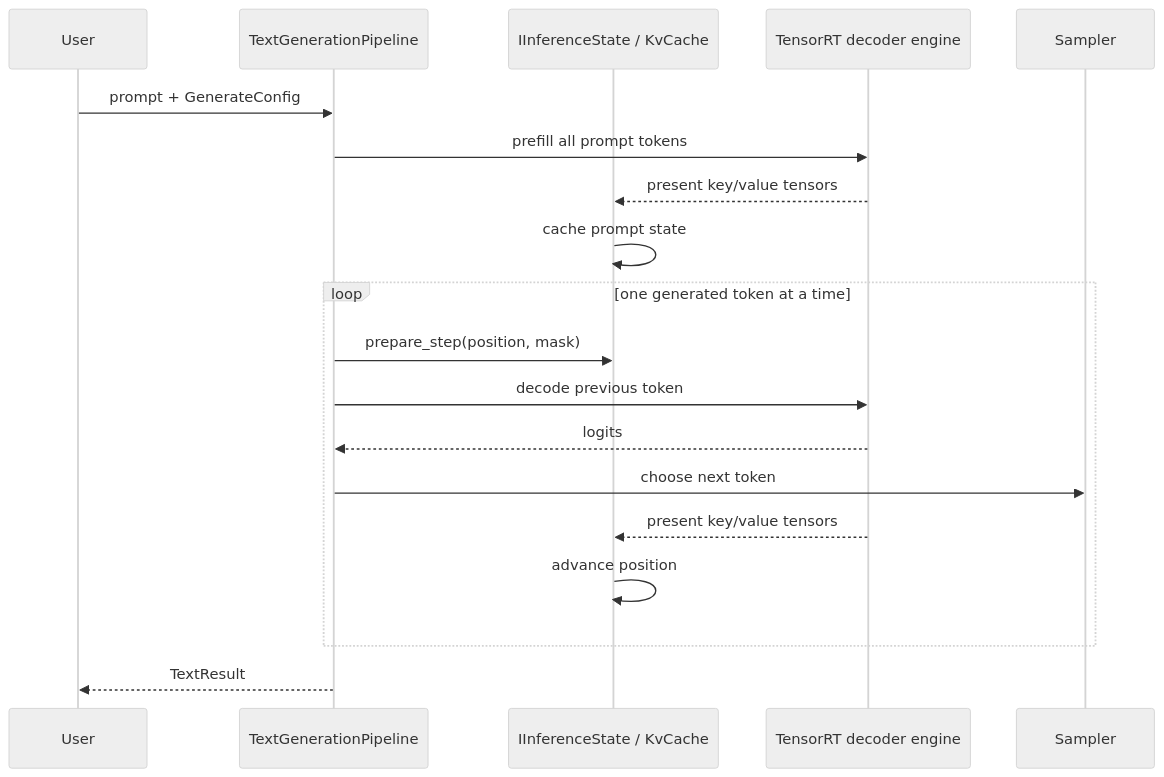
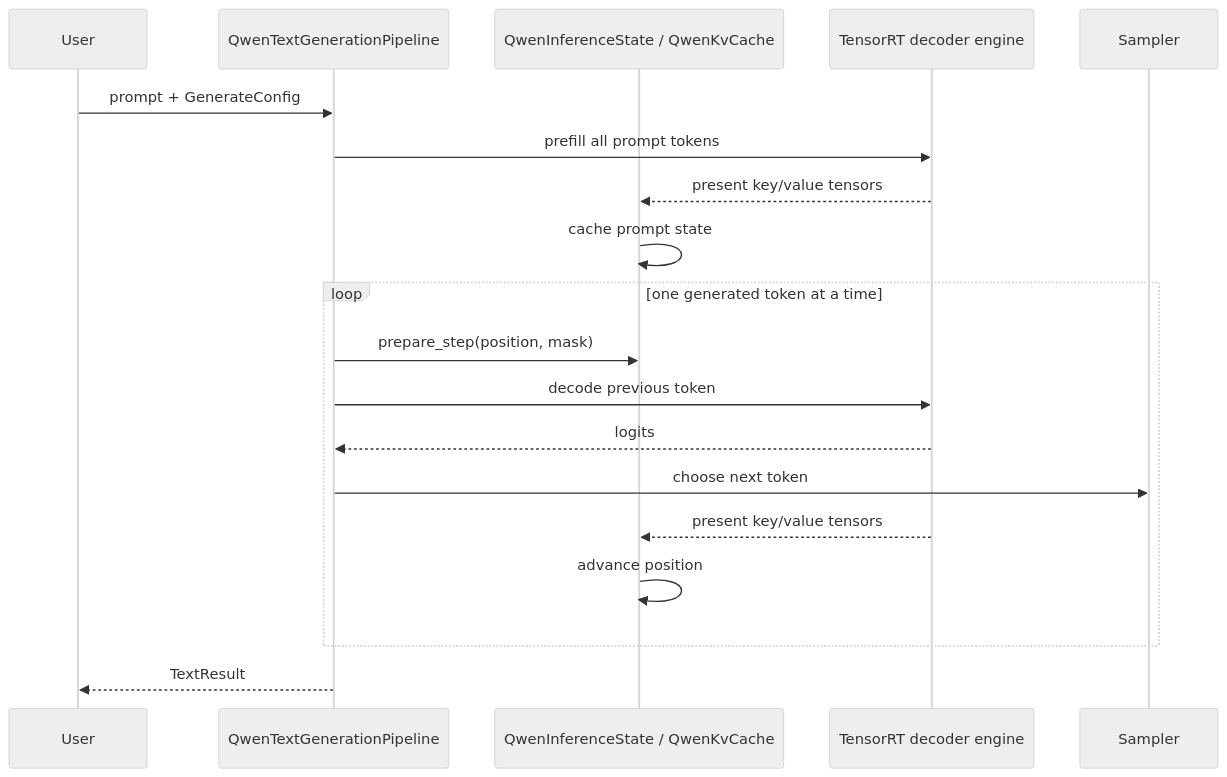
The third of 5 diagrams in website/docs/getting-started/inference-fundamentals.md (AbishekCoder1/TensorRT-Model-Connect), drawn with Mermaid (neutral theme) before and after one commit. The commit also changed other lines of this file and 83 other files, not shown here.

````diff
--- a/website/docs/getting-started/inference-fundamentals.md
+++ b/website/docs/getting-started/inference-fundamentals.md
@@ -117,22 +110,22 @@
 ```mermaid
 sequenceDiagram
   participant User
-  participant Pipeline as TextGenerationPipeline
-  participant State as IInferenceState / KvCache
+  participant Pipeline as QwenTextGenerationPipeline
+  participant State as QwenInferenceState / QwenKvCache
   participant Engine as TensorRT decoder engine
   participant Sampler
 
   User->>Pipeline: prompt + GenerateConfig
   Pipeline->>Engine: prefill all prompt tokens
   Engine-->>State: present key/value tensors
   State->>State: cache prompt state
   loop one generated token at a time
     Pipeline->>State: prepare_step(position, mask)
     Pipeline->>Engine: decode previous token
     Engine-->>Pipeline: logits
     Pipeline->>Sampler: choose next token
     Engine-->>State: present key/value tensors
     State->>State: advance position
   end
   Pipeline-->>User: TextResult
 ```
````
